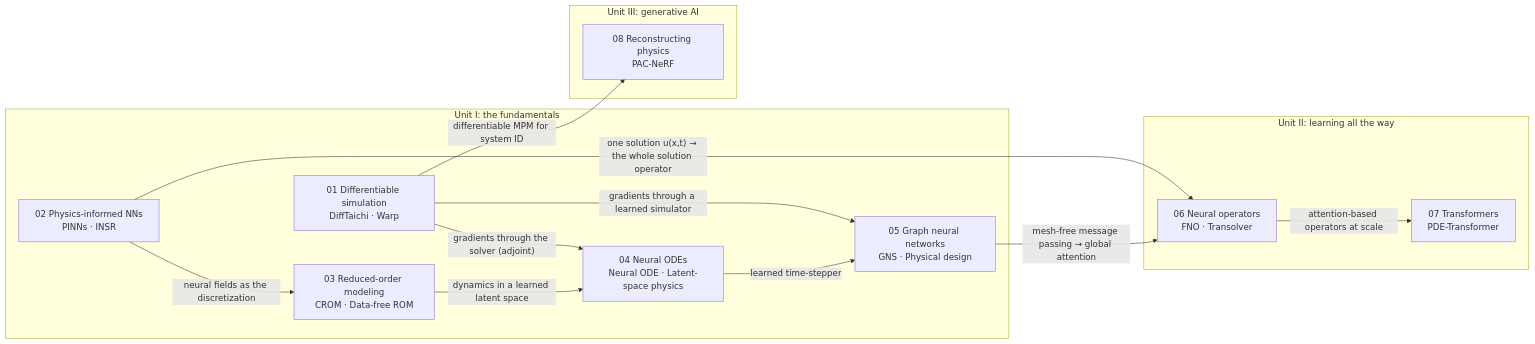
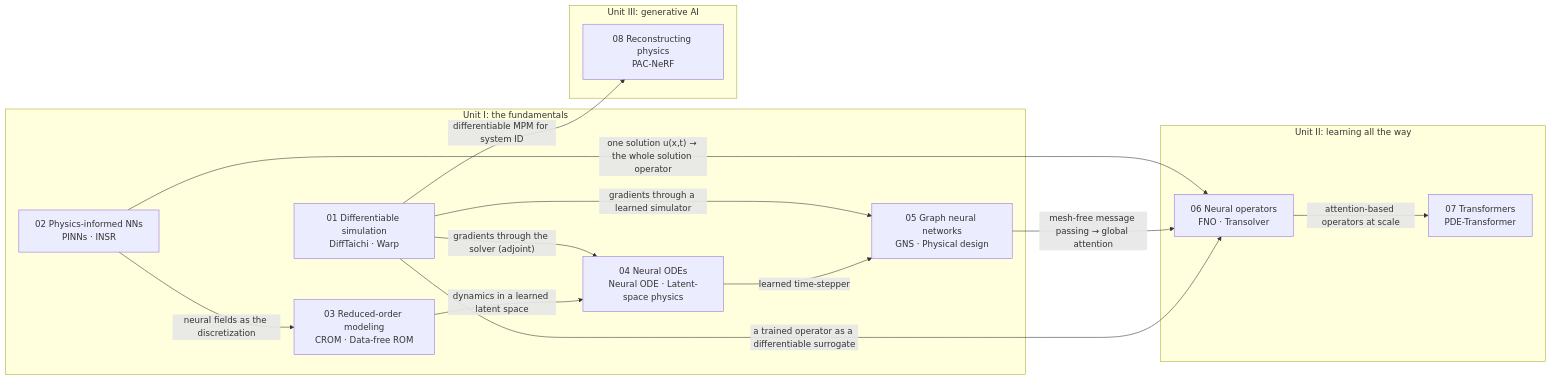
Before and after one commit to HamedHeli/ai-physics: the diagram in README.md, drawn with Mermaid. The commit also changed other lines of this file and 9 other files, not shown here.

````diff
--- a/README.md
+++ b/README.md
@@ -13,36 +13,37 @@
 ```mermaid
 flowchart LR
     subgraph U1["Unit I: the fundamentals"]
         DS["01 Differentiable simulation<br/>DiffTaichi · Warp"]
         PINN["02 Physics-informed NNs<br/>PINNs · INSR"]
         ROM["03 Reduced-order modeling<br/>CROM · Data-free ROM"]
         ODE["04 Neural ODEs<br/>Neural ODE · Latent-space physics"]
         GNN["05 Graph neural networks<br/>GNS · Physical design"]
     end
     subgraph U2["Unit II: learning all the way"]
         NO["06 Neural operators<br/>FNO · Transolver"]
         TF["07 Transformers<br/>PDE-Transformer"]
     end
     subgraph U3["Unit III: generative AI"]
         REC["08 Reconstructing physics<br/>PAC-NeRF"]
     end
 
     DS -- "gradients through the solver (adjoint)" --> ODE
     DS -- "gradients through a learned simulator" --> GNN
     DS -- "differentiable MPM for system ID" --> REC
     PINN -- "neural fields as the discretization" --> ROM
     ROM -- "dynamics in a learned latent space" --> ODE
     ODE -- "learned time-stepper" --> GNN
     PINN -- "one solution u(x,t) → the whole solution operator" --> NO
     GNN -- "mesh-free message passing → global attention" --> NO
     NO -- "attention-based operators at scale" --> TF
+    DS -- "a trained operator as a differentiable surrogate" --> NO
 
     click DS "01-differentiable-simulation/" "Differentiable simulation"
     click PINN "02-physics-informed-neural-networks/" "Physics-informed neural networks"
     click ROM "03-reduced-order-modeling/" "Reduced-order modeling"
     click ODE "04-neural-odes/" "Neural ODEs"
     click GNN "05-graph-neural-networks/" "Graph neural networks"
     click NO "06-neural-operators/" "Neural operators"
     click TF "07-transformers/" "Transformers"
     click REC "08-reconstructing-physics/" "Reconstructing physics"
 ```
````
